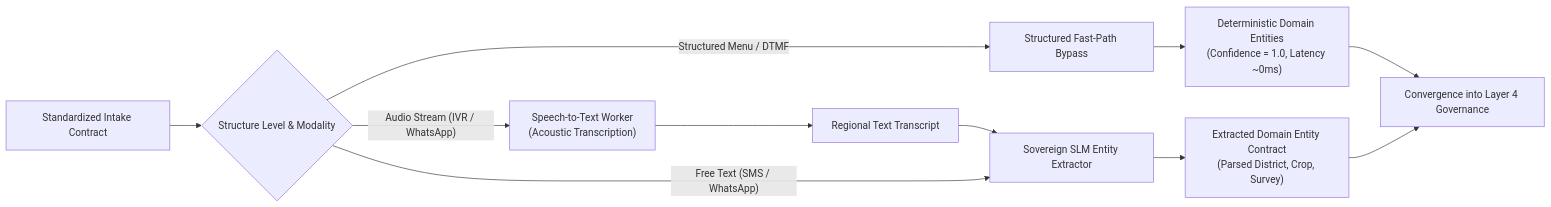
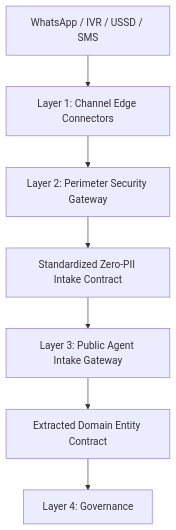
The diagram in decisions/step4.1_multichannel_ingress_and_modality_convergence.md (gargmishu/agristack-dbt-core), drawn with Mermaid before and after one commit. The commit also changed other lines of this file, not shown here.

Commit message:
refactor: update documentation for clarity and accuracy in multichannel ingress and modality convergence verification

````diff
--- a/decisions/step4.1_multichannel_ingress_and_modality_convergence.md
+++ b/decisions/step4.1_multichannel_ingress_and_modality_convergence.md
@@ -133,17 +7,9 @@
 ```mermaid
-flowchart LR
-    SIC["Standardized Intake Contract"] --> Eval{"Structure Level & Modality"}
-
-    Eval -- "Structured Menu / DTMF" --> Bypass["Structured Fast-Path Bypass"]
-    Bypass --> FastResult["Deterministic Domain Entities\n(Confidence = 1.0, Latency ~0ms)"]
-
-    Eval -- "Audio Stream (IVR / WhatsApp)" --> ASR["Speech-to-Text Worker\n(Acoustic Transcription)"]
-    ASR --> Transcript["Regional Text Transcript"]
-    Transcript --> SLM["Sovereign SLM Entity Extractor"]
-
-    Eval -- "Free Text (SMS / WhatsApp)" --> SLM
-
-    SLM --> ExtractedResult["Extracted Domain Entity Contract\n(Parsed District, Crop, Survey)"]
-    FastResult --> Conv["Convergence into Layer 4 Governance"]
-    ExtractedResult --> Conv
+flowchart TD
+    Carrier["WhatsApp / IVR / USSD / SMS"] --> L1["Layer 1: Channel Edge Connectors"]
+    L1 --> L2["Layer 2: Perimeter Security Gateway"]
+    L2 --> Intake["Standardized Zero-PII Intake Contract"]
+    Intake --> L3["Layer 3: Public Agent Intake Gateway"]
+    L3 --> Entities["Extracted Domain Entity Contract"]
+    Entities --> L4["Layer 4: Governance"]
 ```
````
